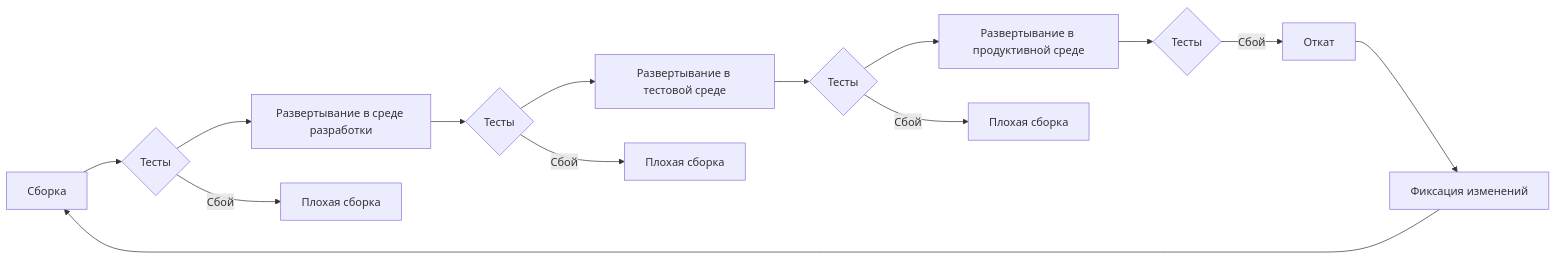
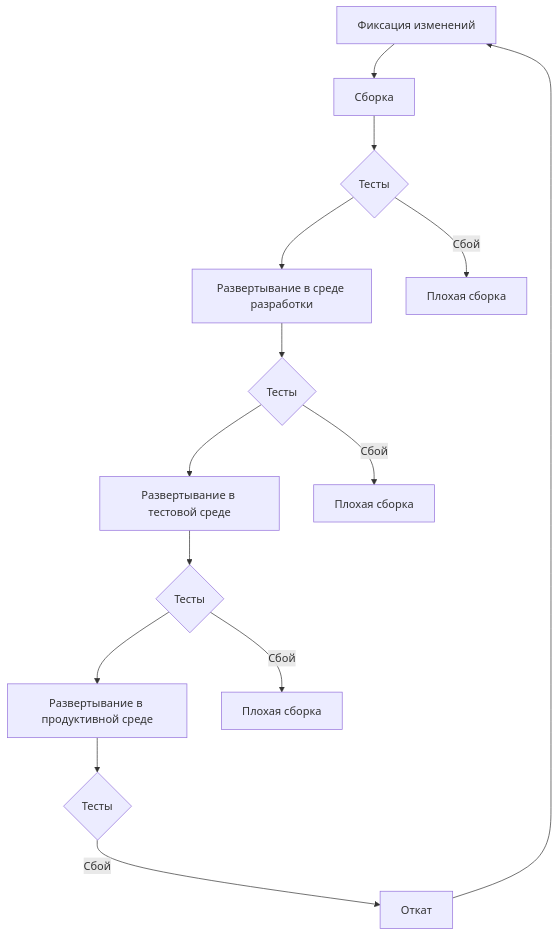
The diagram in docs/index.md (D34m0nN0n3/docs-devops), drawn with Mermaid before and after one commit.

````diff
--- a/docs/index.md
+++ b/docs/index.md
@@ -108,10 +108,10 @@
 ``` mermaid
-graph LR
+graph TD;
+  I[Фиксация изменений] --> A[Сборка];
   A[Сборка] --> B{Тесты} --> C[Развертывание в среде разработки] --> D{Тесты} --> E[Развертывание в тестовой среде] --> F{Тесты} --> G[Развертывание в продуктивной среде] --> H{Тесты};
-  I[Фиксация изменений] --> A[Сборка];
   B -->|Сбой| K[Плохая сборка];
   D -->|Сбой| L[Плохая сборка];
   F -->|Сбой| M[Плохая сборка];
   H -->|Сбой| N[Откат];
   N --> I;
 ```
````
